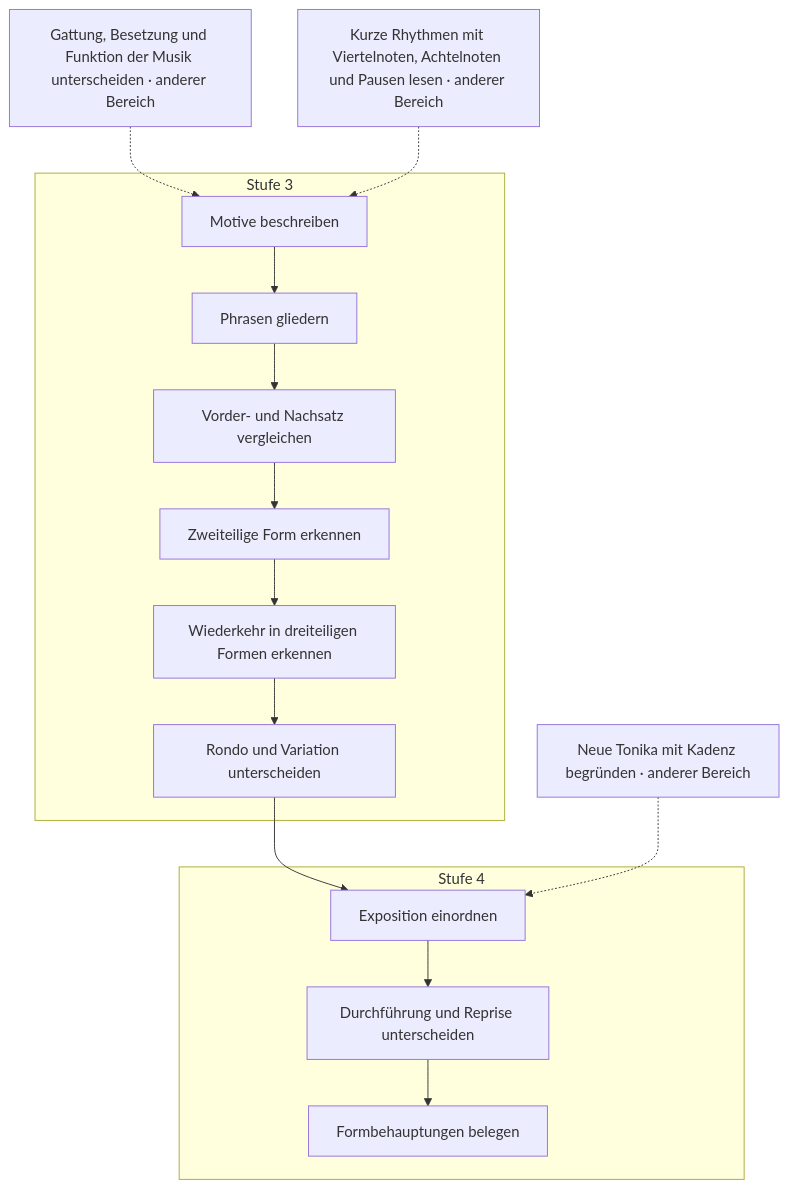
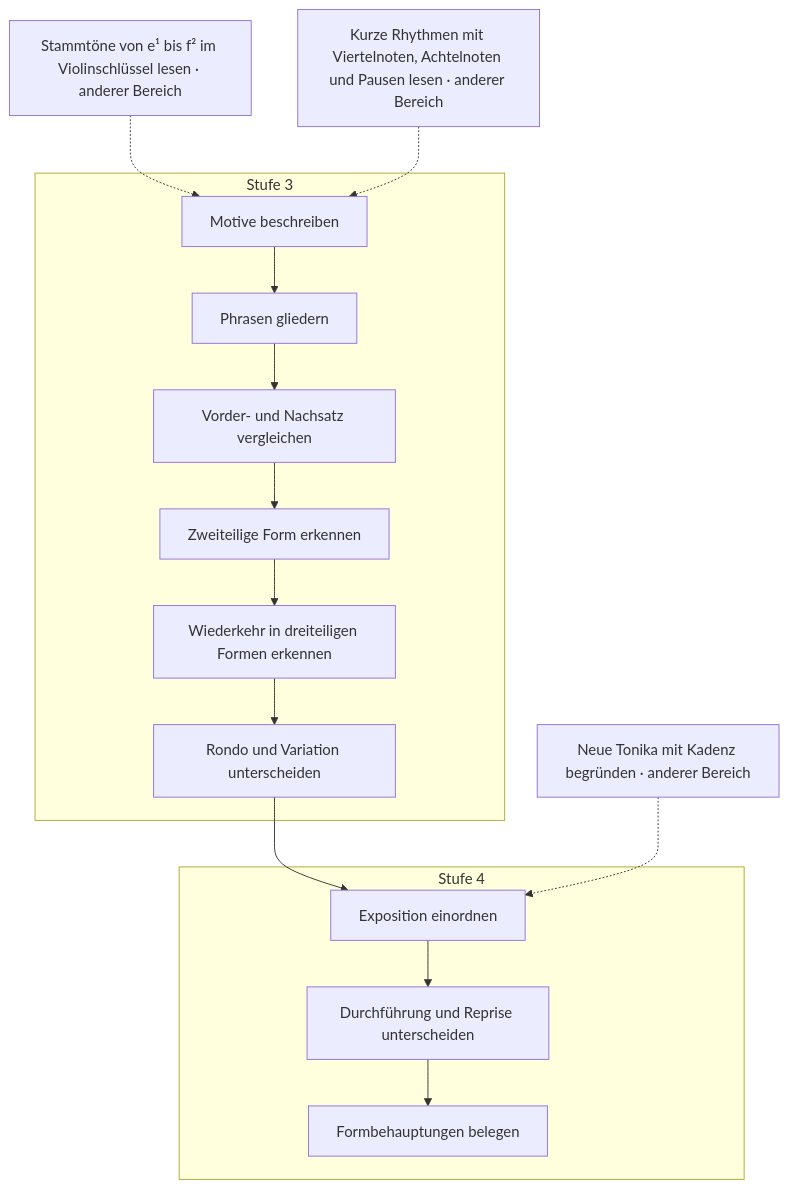
One commit to PhiFa96/harmonia changed diagram 11 of 16 in docs/plan/faehigkeitsgraph-diagramme.md. Above: the diagram before and after it, drawn with Mermaid. The commit also changed other lines of this file and 1 other file, not shown here.

First line of the commit message:
fix(content): fachlich begründete Voraussetzungen für Stufe 3 und 4 (G-14, A6, A7)

````diff
--- a/docs/plan/faehigkeitsgraph-diagramme.md
+++ b/docs/plan/faehigkeitsgraph-diagramme.md
@@ -827,30 +851,30 @@
 ```mermaid
 flowchart TD
   subgraph level3["Stufe 3"]
     s108["Motive beschreiben"]
     s109["Phrasen gliedern"]
     s110["Vorder- und Nachsatz vergleichen"]
     s111["Zweiteilige Form erkennen"]
     s112["Wiederkehr in dreiteiligen Formen erkennen"]
     s113["Rondo und Variation unterscheiden"]
   end
   subgraph level4["Stufe 4"]
     s144["Exposition einordnen"]
     s145["Durchführung und Reprise unterscheiden"]
     s146["Formbehauptungen belegen"]
   end
-  s38["Gattung, Besetzung und Funktion der Musik unterscheiden · anderer Bereich"]
+  s5["Stammtöne von e¹ bis f² im Violinschlüssel lesen · anderer Bereich"]
   s21["Kurze Rhythmen mit Viertelnoten, Achtelnoten und Pausen lesen · anderer Bereich"]
   s137["Neue Tonika mit Kadenz begründen · anderer Bereich"]
-  s38 -.-> s108
+  s5 -.-> s108
   s21 -.-> s108
   s108 --> s109
   s109 --> s110
   s110 --> s111
   s111 --> s112
   s112 --> s113
   s113 --> s144
   s137 -.-> s144
   s144 --> s145
   s145 --> s146
 ```
````
